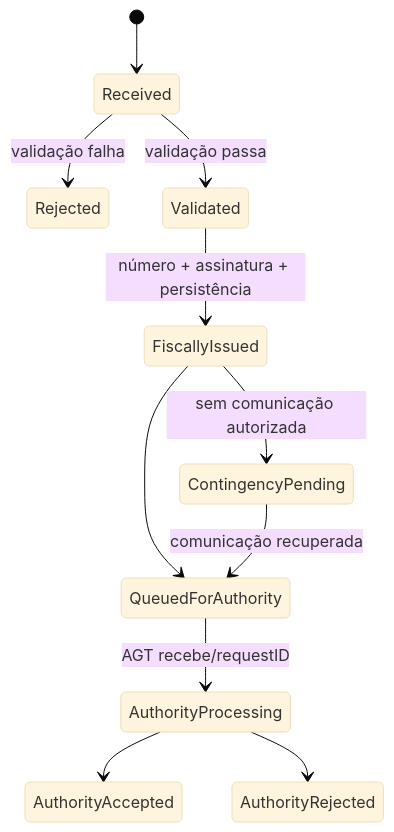
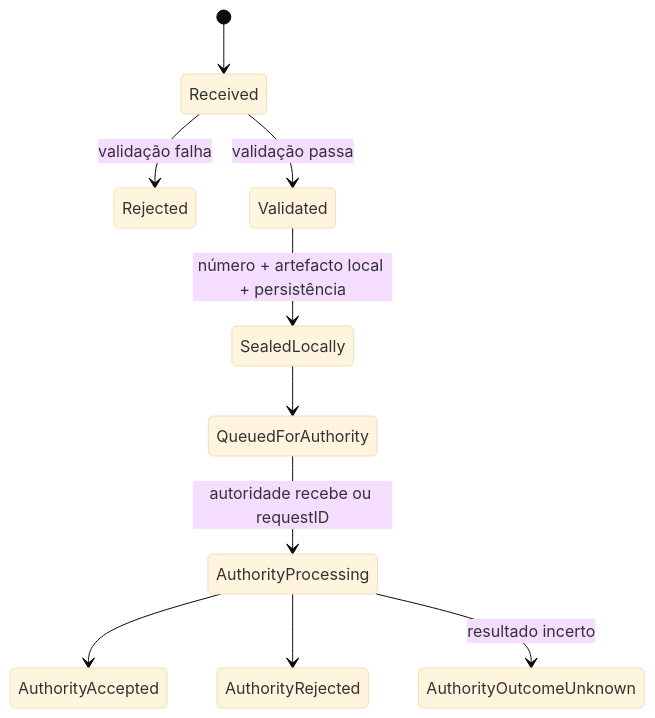
Before and after one commit to storesace-cv/bwb-modulo-fiscal: the diagram in docs/04-domain/document-state-machine.md, drawn with Mermaid (base theme). The commit also changed other lines of this file and 5 other files, not shown here.

````diff
--- a/docs/04-domain/document-state-machine.md
+++ b/docs/04-domain/document-state-machine.md
@@ -3,13 +5,12 @@
 ```mermaid
 stateDiagram-v2
   [*] --> Received
   Received --> Rejected: validação falha
   Received --> Validated: validação passa
-  Validated --> FiscallyIssued: número + assinatura + persistência
-  FiscallyIssued --> ContingencyPending: sem comunicação autorizada
-  FiscallyIssued --> QueuedForAuthority
-  ContingencyPending --> QueuedForAuthority: comunicação recuperada
-  QueuedForAuthority --> AuthorityProcessing: AGT recebe/requestID
+  Validated --> SealedLocally: número + artefacto local + persistência
+  SealedLocally --> QueuedForAuthority
+  QueuedForAuthority --> AuthorityProcessing: autoridade recebe ou requestID
   AuthorityProcessing --> AuthorityAccepted
   AuthorityProcessing --> AuthorityRejected
+  AuthorityProcessing --> AuthorityOutcomeUnknown: resultado incerto
 ```
````
